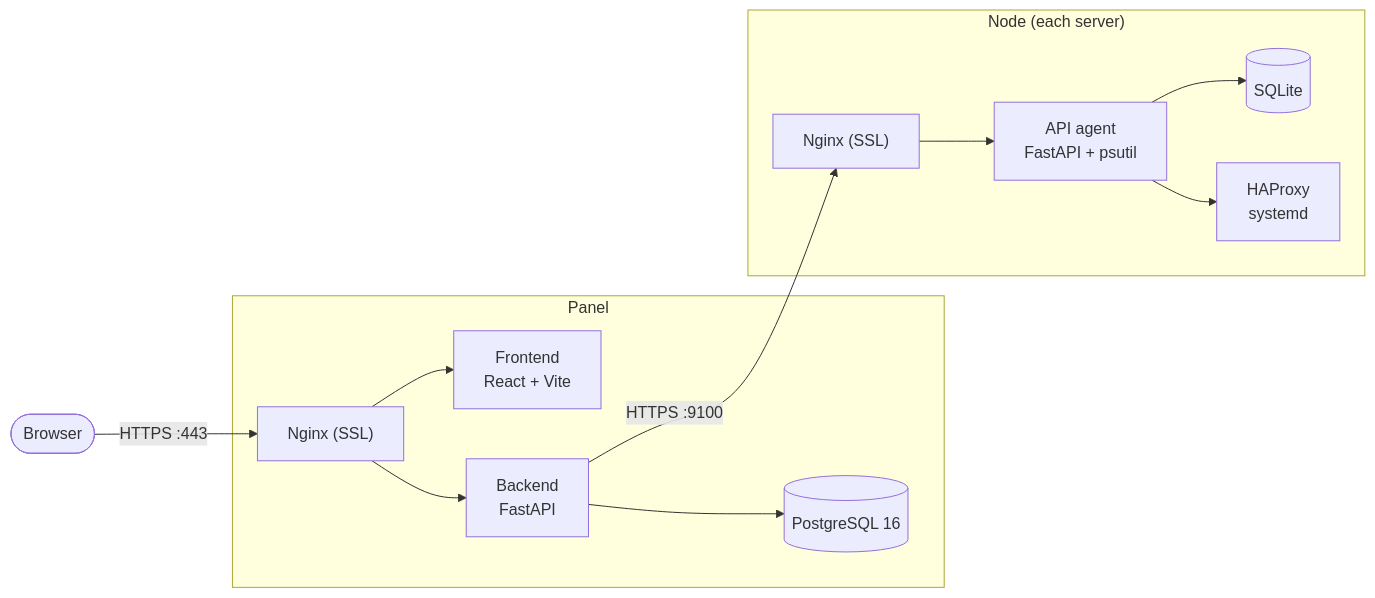
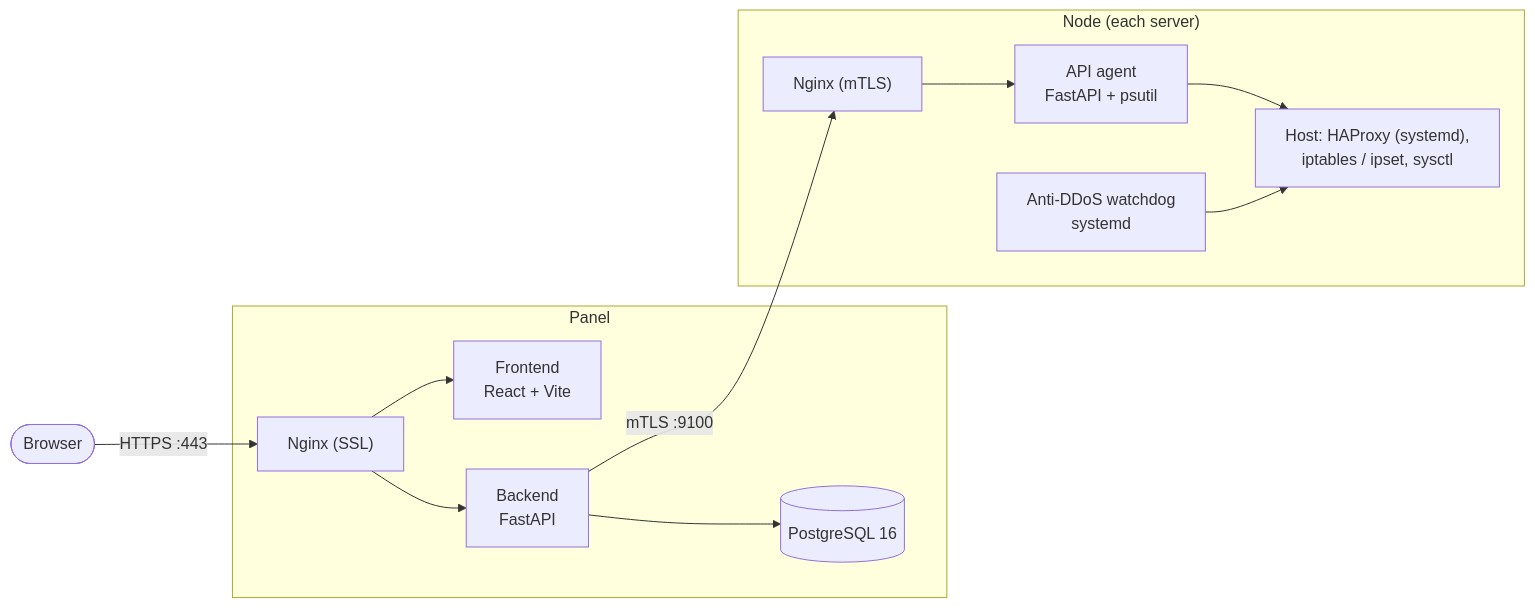
One commit to Joliz1337/monitoring changed the diagram in README.en.md. Above: the diagram before and after it, drawn with Mermaid. The commit also changed other lines of this file and 1 other file, not shown here.

````diff
--- a/README.en.md
+++ b/README.en.md
@@ -173,18 +201,18 @@
 ```mermaid
 flowchart LR
     Browser(["Browser"]) -->|"HTTPS :443"| PNginx
 
     subgraph Panel["Panel"]
         PNginx["Nginx (SSL)"] --> Frontend["Frontend<br>React + Vite"]
         PNginx --> Backend["Backend<br>FastAPI"]
         Backend --> PG[("PostgreSQL 16")]
     end
 
-    Backend -->|"HTTPS :9100"| NNginx
+    Backend -->|"mTLS :9100"| NNginx
 
     subgraph Node["Node (each server)"]
-        NNginx["Nginx (SSL)"] --> Agent["API agent<br>FastAPI + psutil"]
-        Agent --> SQLite[("SQLite")]
-        Agent --> HAProxy["HAProxy<br>systemd"]
+        NNginx["Nginx (mTLS)"] --> Agent["API agent<br>FastAPI + psutil"]
+        Agent --> Host["Host: HAProxy (systemd),<br>iptables / ipset, sysctl"]
+        Watchdog["Anti-DDoS watchdog<br>systemd"] --> Host
     end
 ```
````
